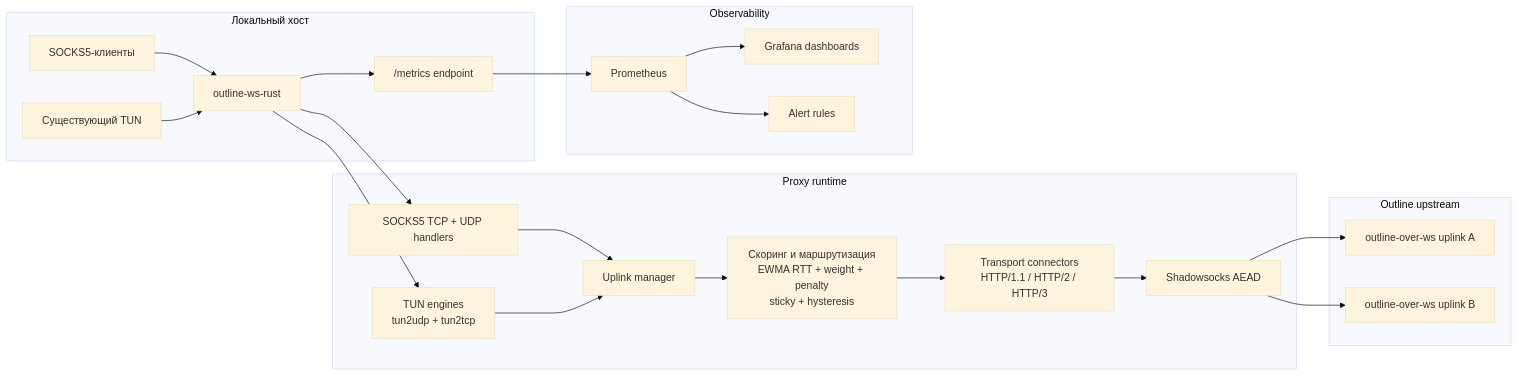
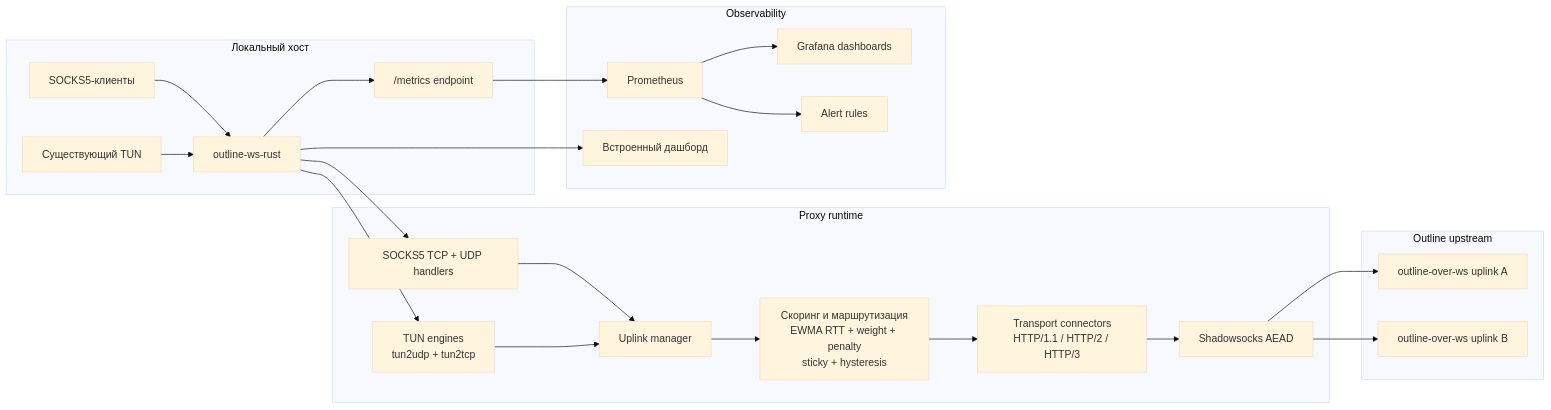
Before and after one commit to balookrd/outline-proxy: the diagram in ws/README.ru.md, drawn with Mermaid (base theme). The commit also changed other lines of this file and 15 other files, not shown here.

````diff
--- a/ws/README.ru.md
+++ b/ws/README.ru.md
@@ -31,51 +31,53 @@
 ```mermaid
 flowchart LR
     subgraph LocalHost["Локальный хост"]
         C["SOCKS5-клиенты"]
         T["Существующий TUN"]
         P["outline-ws-rust"]
         M["/metrics endpoint"]
         C --> P
         T --> P
         P --> M
     end
 
     subgraph Runtime["Proxy runtime"]
         S["SOCKS5 TCP + UDP handlers"]
         U["Uplink manager"]
         LB["Скоринг и маршрутизация
 EWMA RTT + weight + penalty
 sticky + hysteresis"]
         WS["Transport connectors
 HTTP/1.1 / HTTP/2 / HTTP/3"]
         SS["Shadowsocks AEAD"]
         TT["TUN engines
 tun2udp + tun2tcp"]
     end
 
     P --> S
     P --> TT
     S --> U
     TT --> U
     U --> LB
     LB --> WS
     WS --> SS
 
     subgraph Upstream["Outline upstream"]
         O1["outline-over-ws uplink A"]
         O2["outline-over-ws uplink B"]
     end
 
     SS --> O1
     SS --> O2
 
     subgraph Observability["Observability"]
         PR["Prometheus"]
+        DASH["Встроенный дашборд"]
         GD["Grafana dashboards"]
         AL["Alert rules"]
     end
 
     M --> PR
+    P --> DASH
     PR --> GD
     PR --> AL
 ```
````
